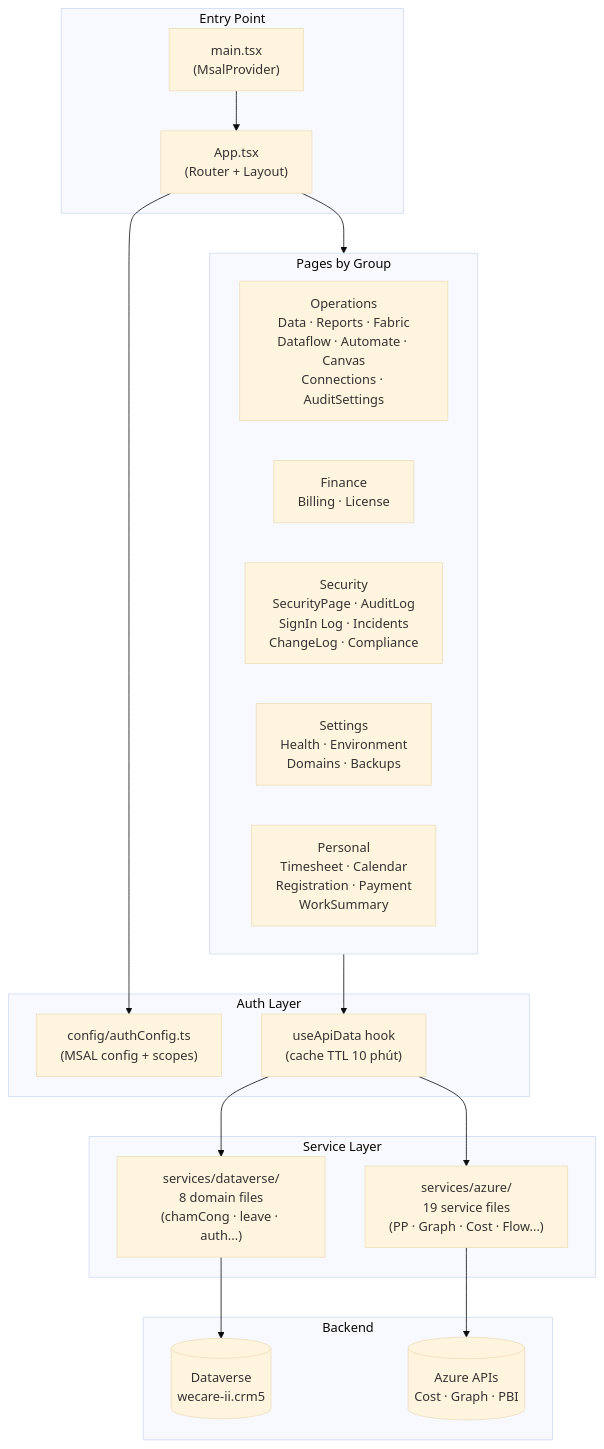
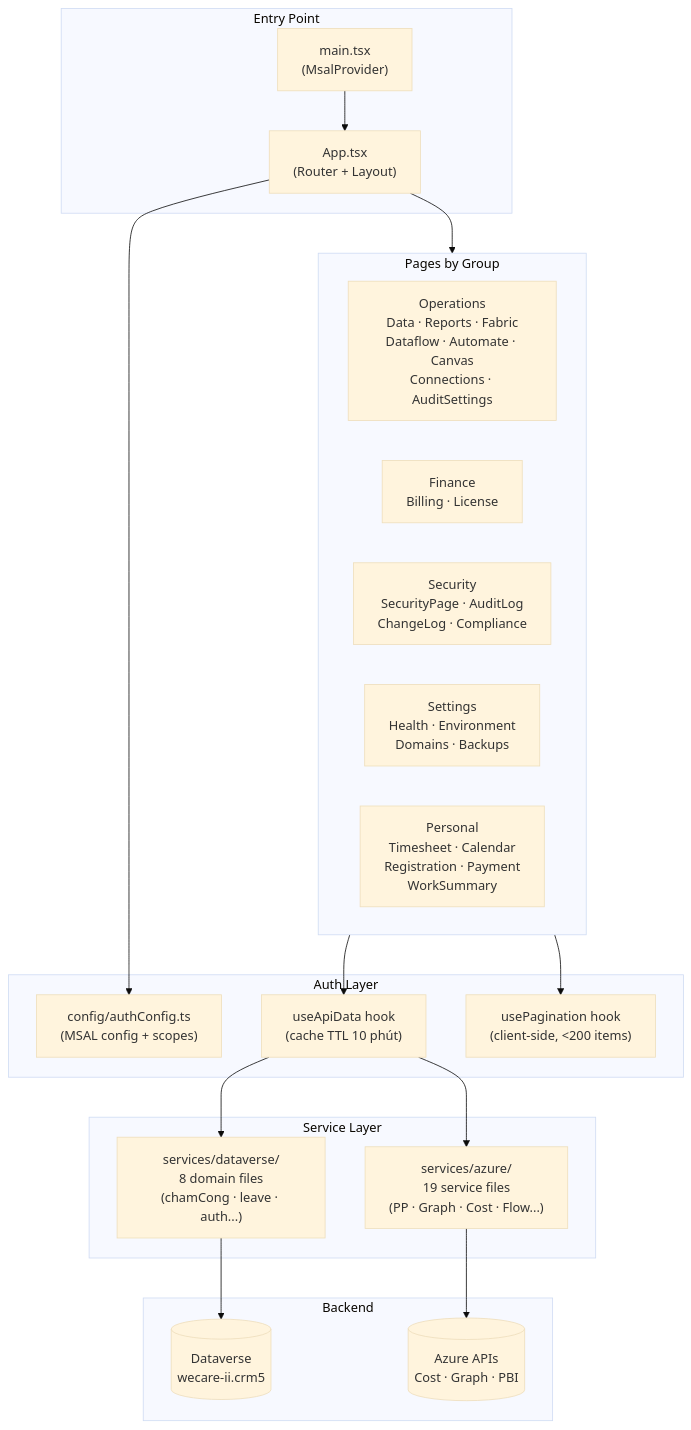
Before and after one commit to Hieu-Le-Hoang/WorkHub: the diagram in PROJECT.md, drawn with Mermaid (base theme). The commit also changed other lines of this file, not shown here.

Commit message:
docs(project): update PROJECT.md - review 2026-06-22, add usePagination hook, clarify placeholder pages, update file sizes

````diff
--- a/PROJECT.md
+++ b/PROJECT.md
@@ -74,37 +75,39 @@
 ```mermaid
 flowchart TD
     subgraph Entry["Entry Point"]
         main["main.tsx\n(MsalProvider)"] --> App["App.tsx\n(Router + Layout)"]
     end
 
     subgraph Auth["Auth Layer"]
         Config["config/authConfig.ts\n(MSAL config + scopes)"]
         Hook["useApiData hook\n(cache TTL 10 phút)"]
+        Pagi["usePagination hook\n(client-side, <200 items)"]
     end
 
     subgraph Pages["Pages by Group"]
         Ops["Operations\nData · Reports · Fabric\nDataflow · Automate · Canvas\nConnections · AuditSettings"]
         Finance["Finance\nBilling · License"]
-        Security["Security\nSecurityPage · AuditLog\nSignIn Log · Incidents\nChangeLog · Compliance"]
+        Security["Security\nSecurityPage · AuditLog\nChangeLog · Compliance"]
         Settings["Settings\nHealth · Environment\nDomains · Backups"]
         Personal["Personal\nTimesheet · Calendar\nRegistration · Payment\nWorkSummary"]
     end
 
     subgraph Services["Service Layer"]
         Azure["services/azure/\n19 service files\n(PP · Graph · Cost · Flow...)"]
         DV["services/dataverse/\n8 domain files\n(chamCong · leave · auth...)"]
     end
 
     subgraph Backend["Backend"]
         Dataverse[("Dataverse\nwecare-ii.crm5")]
         AzureAPI[("Azure APIs\nCost · Graph · PBI")]
     end
 
     App --> Pages
     App --> Config
     Pages --> Hook
+    Pages --> Pagi
     Hook --> Azure
     Hook --> DV
     Azure --> AzureAPI
     DV --> Dataverse
 ```
````
